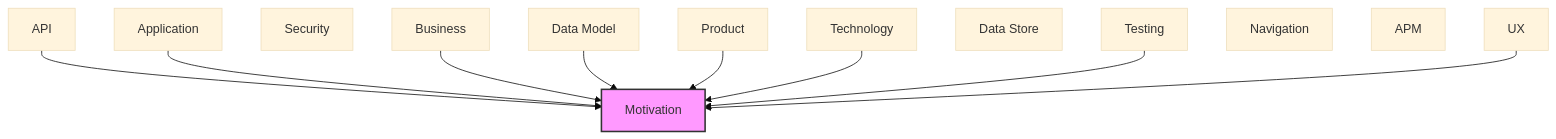
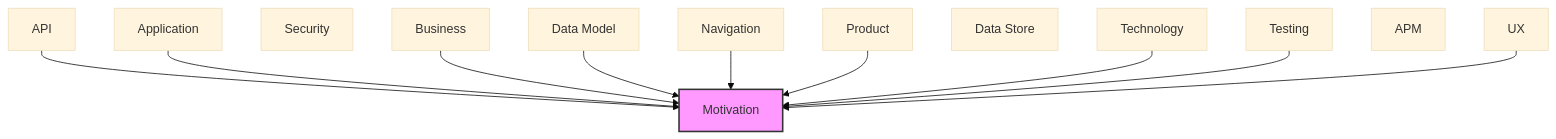
Before and after one commit to tinkermonkey/documentation_robotics_viewer: the second of 2 diagrams in documentation-robotics/reports/01-motivation-layer-report.md, drawn with Mermaid (base theme). The commit also changed other lines of this file and 29 other files, not shown here.

````diff
--- a/documentation-robotics/reports/01-motivation-layer-report.md
+++ b/documentation-robotics/reports/01-motivation-layer-report.md
@@ -101,26 +105,27 @@
 ```mermaid
 flowchart TB
   classDef current fill:#f9f,stroke:#333,stroke-width:2px
   motivation["Motivation"]
   business["Business"]
   product["Product"]
   security["Security"]
   application["Application"]
   technology["Technology"]
   api["API"]
   data_model["Data Model"]
   data_store["Data Store"]
   ux["UX"]
   navigation["Navigation"]
   apm["APM"]
   testing["Testing"]
   api --> motivation
   application --> motivation
   business --> motivation
   data_model --> motivation
+  navigation --> motivation
   product --> motivation
   technology --> motivation
   testing --> motivation
   ux --> motivation
   class motivation current
 ```
````
